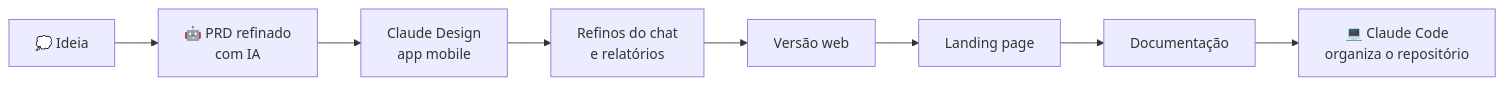
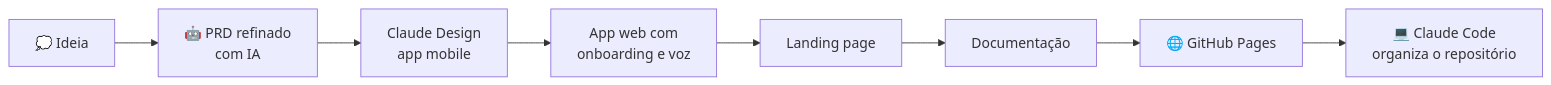
One commit to DLTechSup/dio-lab-vibe-coding-app-financas changed the third of 4 diagrams in README.md. Above: the diagram before and after it, drawn with Mermaid. The commit also changed other lines of this file and 10 other files, not shown here.

First line of the commit message:
docs: alinha README ao site publicado e adiciona capturas do app web

````diff
--- a/README.md
+++ b/README.md
@@ -260,10 +302,10 @@
 ```mermaid
 flowchart LR
     I[💭 Ideia] --> R[🤖 PRD refinado<br/>com IA]
     R --> D1[Claude Design<br/>app mobile]
-    D1 --> D2[Refinos do chat<br/>e relatórios]
-    D2 --> D3[Versão web]
-    D3 --> D4[Landing page]
-    D4 --> D5[Documentação]
-    D5 --> CC[💻 Claude Code<br/>organiza o repositório]
+    D1 --> D2[App web com<br/>onboarding e voz]
+    D2 --> D3[Landing page]
+    D3 --> D4[Documentação]
+    D4 --> GP[🌐 GitHub Pages]
+    GP --> CC[💻 Claude Code<br/>organiza o repositório]
 ```
````
